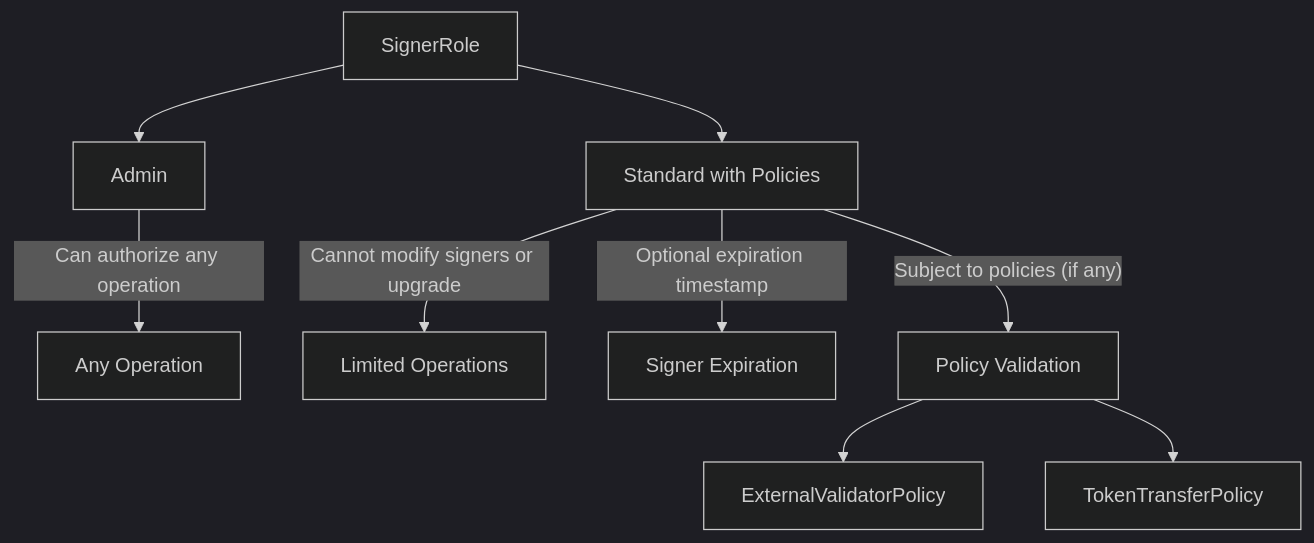
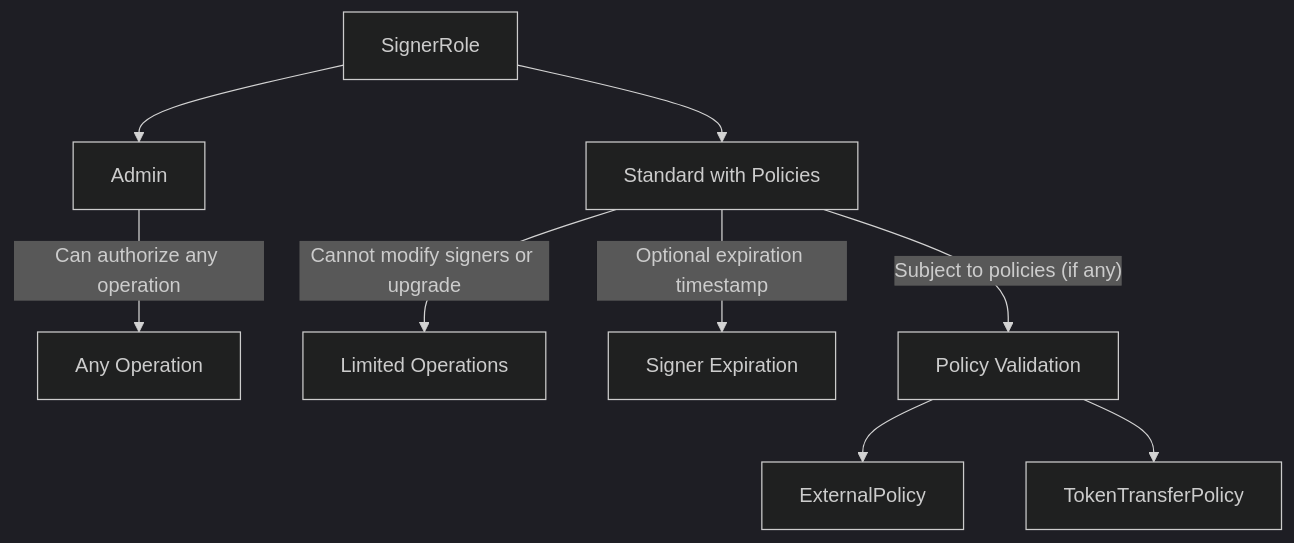
The second of 5 diagrams in contracts/smart-account/README.md (Crossmint/stellar-smart-account), drawn with Mermaid (dark theme) before and after one commit. The commit also changed other lines of this file and 16 other files, not shown here.

First line of the commit message:
feat(smart-account): replace ExternalValidatorPolicy with signer-key-aware ExternalPolicy (#127)

````diff
--- a/contracts/smart-account/README.md
+++ b/contracts/smart-account/README.md
@@ -304,13 +304,13 @@
 ```mermaid
 graph TD
     SR[SignerRole] --> Admin[Admin]
     SR --> Standard[Standard with Policies]
 
     Admin --> |"Can authorize any operation"| AnyOp[Any Operation]
     Standard --> |"Cannot modify signers or upgrade"| LimitedOp[Limited Operations]
     Standard --> |"Optional expiration timestamp"| Expiration[Signer Expiration]
     Standard --> |"Subject to policies (if any)"| PolicyCheck[Policy Validation]
 
-    PolicyCheck --> EP[ExternalValidatorPolicy]
+    PolicyCheck --> EP[ExternalPolicy]
     PolicyCheck --> TTP[TokenTransferPolicy]
 ```
````
